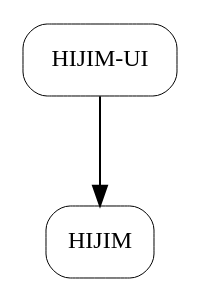
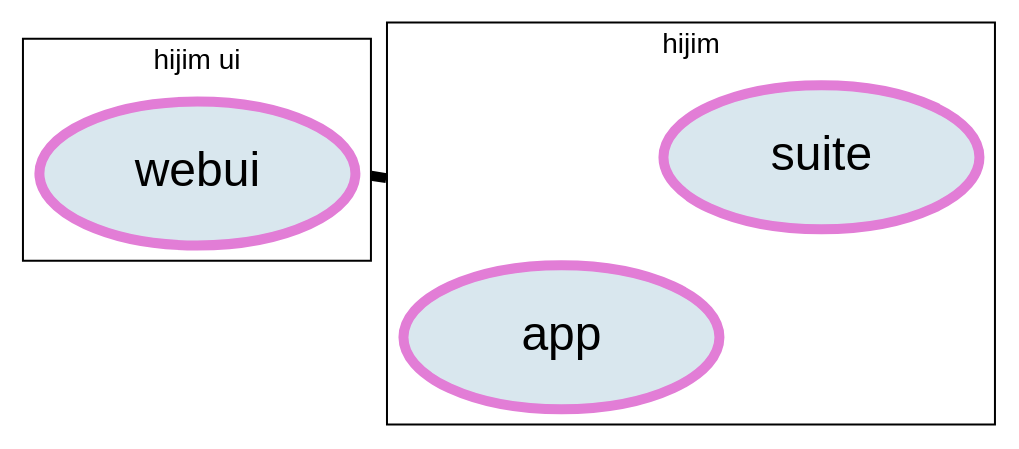
One commit to liujinliu/hijim changed the diagram in doc/source/architecture.rst. Above: the diagram before and after it, drawn with Graphviz.

```diff
--- a/doc/source/architecture.rst
+++ b/doc/source/architecture.rst
@@ -4,13 +4,66 @@
 .. graphviz::
 
-   digraph appArch {
-        compound=true
-        fontsize=10
-        margin="0,0"
-        ranksep = .75
-        nodesep = .65
-        node [shape=Mrecord fontname="Inconsolata, Consolas", fontsize=12, penwidth=0.5]
-        edge [fontname="Inconsolata, Consolas", fontsize=10, arrowhead=normal]
+    digraph "arch_diagram" {
+        rankdir=TB
+        fontname="Helvetica,Arial,sans-serif"
+        node [fontname="Helvetica,Arial,sans-serif"]
+        edge [fontname="Helvetica,Arial,sans-serif"]
+        graph [
+            newrank = true,
+            nodesep = 0.3,
+            ranksep = 0.2,
+            overlap = false,
+            splines = false,
+            layout=fdp,
+        ]
+        node [
+            fixedsize = false,
+            fontsize = 24,
+            height = 1,
+            shape = box,
+            style = "filled,setlinewidth(5)",
+            width = 2.2
+        ]
+        edge [
+            arrowhead = none,
+            arrowsize = 0.5,
+            labelfontname = "Ubuntu",
+            weight = 10,
+            style = "filled,setlinewidth(5)"
+        ]
 
-        "HIJIM-UI" -> "HIJIM" [style = blod];
-   }
+        subgraph clusterUI {
+            node [color = "#e27dd6ff"]
+            edge [color = "#e27dd6ff"]
+            label = "hijim ui"
+            cluster = true
+            webui [
+                fillcolor = "#d9e7ee",
+                fixedsize = true,
+                label = "webui",
+                row = usr,
+                shape = ellipse
+            ]
+        }
+        subgraph clusterHijim {
+            node [color = "#e27dd6ff"]
+            edge [color = "#e27dd6ff"]
+            label = "hijim"
+            cluster = true
+            app [
+                fillcolor = "#d9e7ee",
+                fixedsize = true,
+                label = "app",
+                row = usr,
+                shape = ellipse
+            ]
+            suite [
+                fillcolor = "#d9e7ee",
+                fixedsize = true,
+                label = "suite",
+                row = usr,
+                shape = ellipse
+            ]
+        }
+        clusterUI -> clusterHijim
+    }
```
